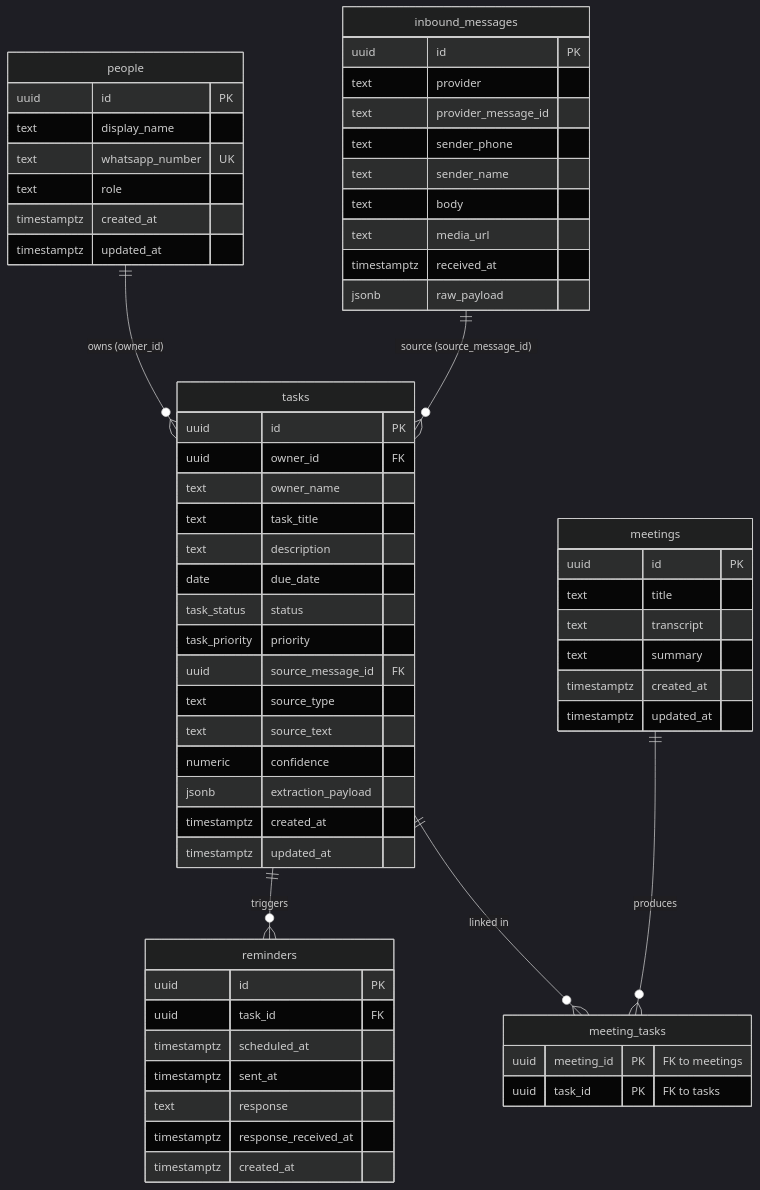
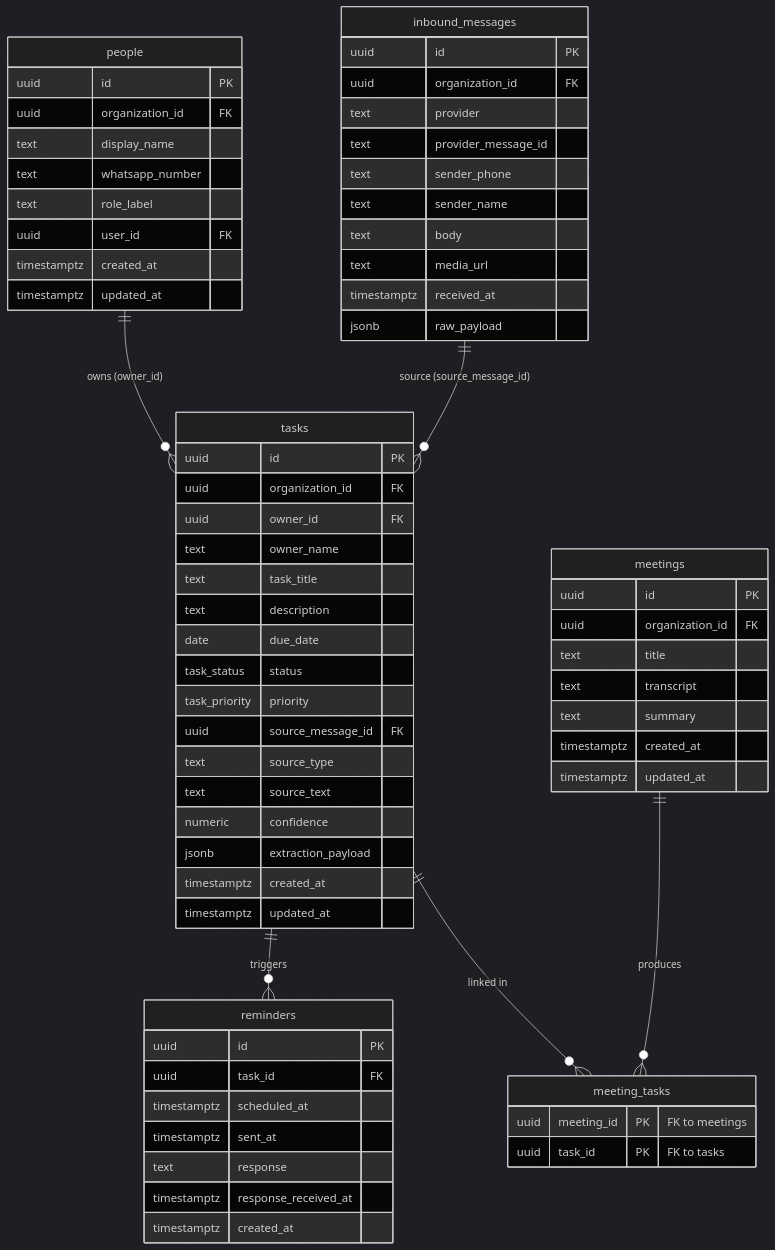
One commit to MateoBarbato/auto-mode-on changed the third of 4 diagrams in docs/architecture/data-model.md. Above: the diagram before and after it, drawn with Mermaid (dark theme). The commit also changed other lines of this file and 19 other files, not shown here.

First line of the commit message:
Add multi-org Postgres schema, ADRs, and WhatsApp LLM prompts.

````diff
--- a/docs/architecture/data-model.md
+++ b/docs/architecture/data-model.md
@@ -12,71 +492,76 @@
 ```mermaid
 erDiagram
   people ||--o{ tasks : "owns (owner_id)"
   inbound_messages ||--o{ tasks : "source (source_message_id)"
   tasks ||--o{ reminders : "triggers"
   meetings ||--o{ meeting_tasks : "produces"
   tasks ||--o{ meeting_tasks : "linked in"
 
   people {
     uuid id PK
+    uuid organization_id FK
     text display_name
-    text whatsapp_number UK
-    text role
+    text whatsapp_number
+    text role_label
+    uuid user_id FK
     timestamptz created_at
     timestamptz updated_at
   }
 
   inbound_messages {
     uuid id PK
+    uuid organization_id FK
     text provider
     text provider_message_id
     text sender_phone
     text sender_name
     text body
     text media_url
     timestamptz received_at
     jsonb raw_payload
   }
 
   tasks {
     uuid id PK
+    uuid organization_id FK
     uuid owner_id FK
     text owner_name
     text task_title
     text description
     date due_date
     task_status status
     task_priority priority
     uuid source_message_id FK
     text source_type
     text source_text
     numeric confidence
     jsonb extraction_payload
     timestamptz created_at
     timestamptz updated_at
   }
 
   meetings {
     uuid id PK
+    uuid organization_id FK
     text title
     text transcript
     text summary
     timestamptz created_at
     timestamptz updated_at
   }
 
   meeting_tasks {
     uuid meeting_id PK "FK to meetings"
     uuid task_id PK "FK to tasks"
   }
 
   reminders {
     uuid id PK
     uuid task_id FK
     timestamptz scheduled_at
     timestamptz sent_at
     text response
     timestamptz response_received_at
     timestamptz created_at
   }
 ```
````
